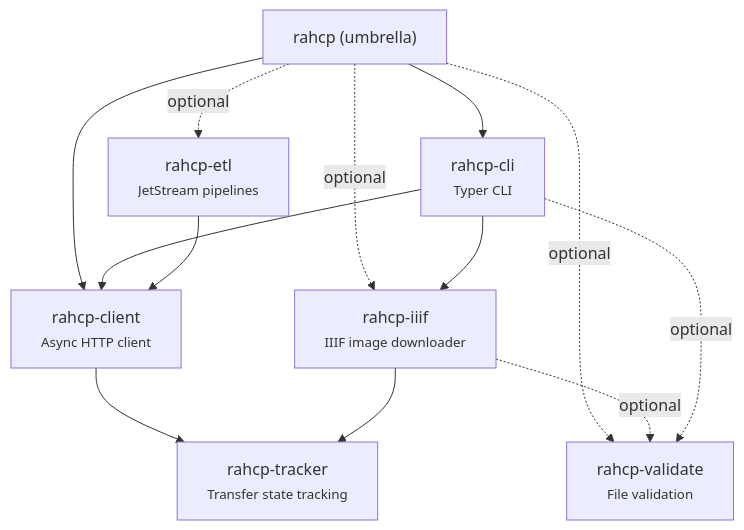
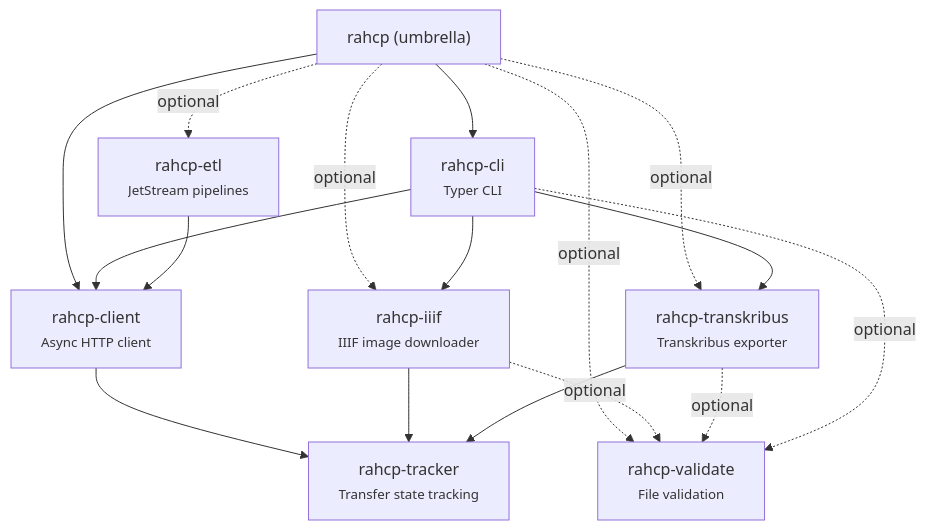
Before and after one commit to AI-Riksarkivet/ra-hcp: the diagram in docs/sdk/index.md, drawn with Mermaid. The commit also changed other lines of this file and 27 other files, not shown here.

First line of the commit message:
feat(transkribus): add rahcp-transkribus package — export/upload to HCP with change detection

````diff
--- a/docs/sdk/index.md
+++ b/docs/sdk/index.md
@@ -5,23 +5,28 @@
 ```mermaid
 graph TD
     ROOT["rahcp (umbrella)"]
     TRACKER["rahcp-tracker<br/><small>Transfer state tracking</small>"]
     CLIENT["rahcp-client<br/><small>Async HTTP client</small>"]
     CLI["rahcp-cli<br/><small>Typer CLI</small>"]
     IIIF["rahcp-iiif<br/><small>IIIF image downloader</small>"]
+    TK["rahcp-transkribus<br/><small>Transkribus exporter</small>"]
     ETL["rahcp-etl<br/><small>JetStream pipelines</small>"]
     VAL["rahcp-validate<br/><small>File validation</small>"]
 
     ROOT --> CLIENT
     ROOT --> CLI
     ROOT -.->|optional| IIIF
+    ROOT -.->|optional| TK
     ROOT -.->|optional| ETL
     ROOT -.->|optional| VAL
     CLIENT --> TRACKER
     IIIF --> TRACKER
     IIIF -.->|optional| VAL
+    TK --> TRACKER
+    TK -.->|optional| VAL
     CLI --> CLIENT
     CLI --> IIIF
+    CLI --> TK
     CLI -.->|optional| VAL
     ETL --> CLIENT
 ```
````
